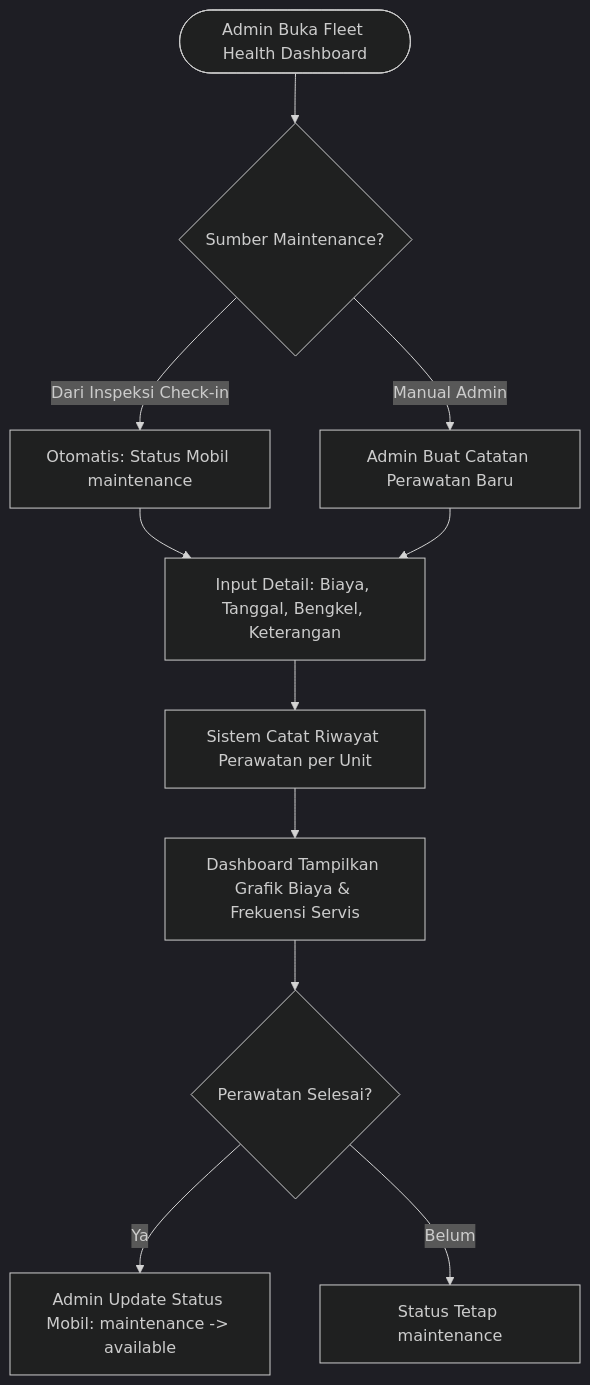
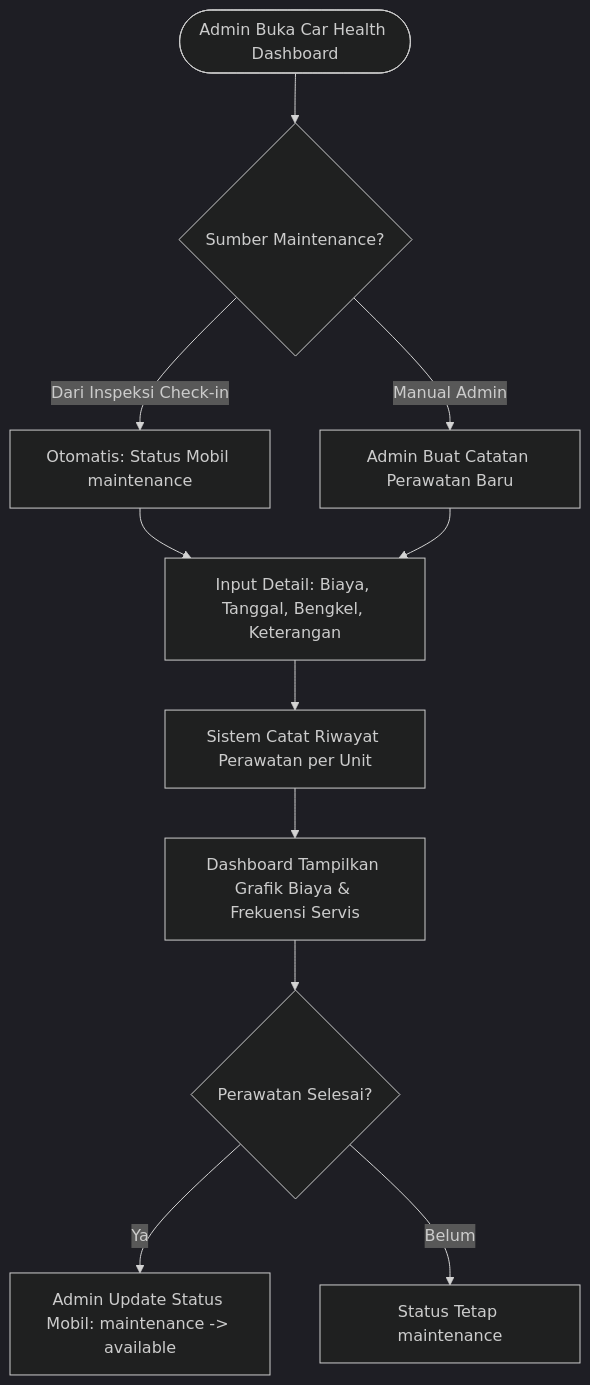
Before and after one commit to oddycosplay/website-rental-mobil: the fifth of 7 diagrams in documents/BRD/sistem-berjalan.md, drawn with Mermaid (dark theme). The commit also changed other lines of this file and 476 other files, not shown here.

````diff
--- a/documents/BRD/sistem-berjalan.md
+++ b/documents/BRD/sistem-berjalan.md
@@ -111,13 +111,13 @@
 ```mermaid
 graph TD
-    M1([Admin Buka Fleet Health Dashboard]) --> M2{Sumber Maintenance?}
+    M1([Admin Buka Car Health Dashboard]) --> M2{Sumber Maintenance?}
     M2 -->|Dari Inspeksi Check-in| M3[Otomatis: Status Mobil maintenance]
     M2 -->|Manual Admin| M4[Admin Buat Catatan Perawatan Baru]
     M3 --> M5[Input Detail: Biaya, Tanggal, Bengkel, Keterangan]
     M4 --> M5
     M5 --> M6[Sistem Catat Riwayat Perawatan per Unit]
     M6 --> M7[Dashboard Tampilkan Grafik Biaya & Frekuensi Servis]
     M7 --> M8{Perawatan Selesai?}
     M8 -->|Ya| M9[Admin Update Status Mobil: maintenance -> available]
     M8 -->|Belum| M10[Status Tetap maintenance]
 ```
````
